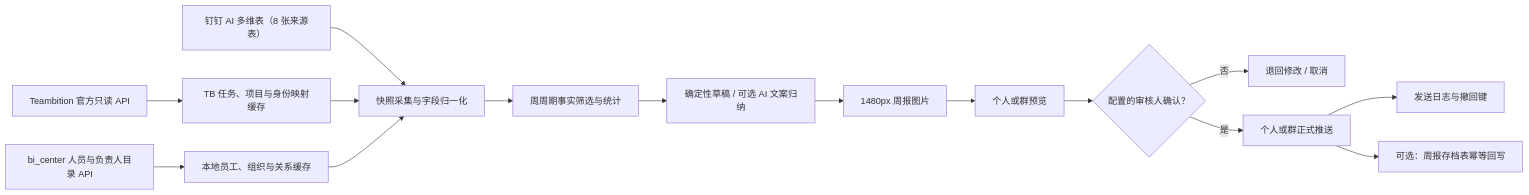
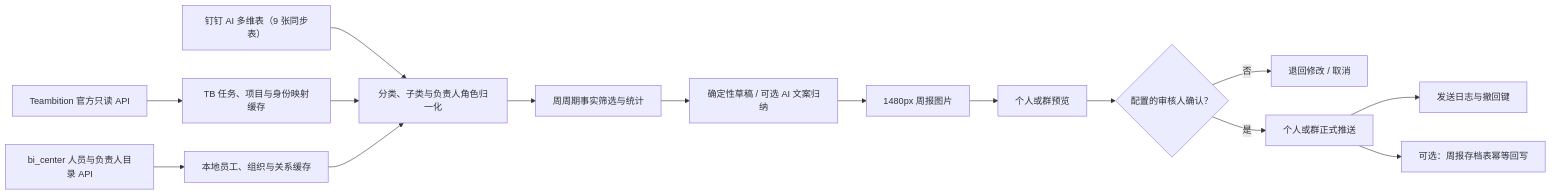
Before and after one commit to Max0314/weekly_report_assistant: the diagram in docs/architecture.md, drawn with Mermaid. The commit also changed other lines of this file and 23 other files, not shown here.

````diff
--- a/docs/architecture.md
+++ b/docs/architecture.md
@@ -5,17 +5,17 @@
 ```mermaid
 flowchart LR
-  A["钉钉 AI 多维表（8 张来源表）"] --> B["快照采集与字段归一化"]
+  A["钉钉 AI 多维表（9 张同步表）"] --> B["分类、子类与负责人角色归一化"]
   T["Teambition 官方只读 API"] --> U["TB 任务、项目与身份映射缓存"]
   U --> B
   C["bi_center 人员与负责人目录 API"] --> D["本地员工、组织与关系缓存"]
   D --> B
   B --> E["周周期事实筛选与统计"]
   E --> F["确定性草稿 / 可选 AI 文案归纳"]
   F --> G["1480px 周报图片"]
   G --> H["个人或群预览"]
   H --> I{"配置的审核人确认？"}
   I -- 否 --> J["退回修改 / 取消"]
   I -- 是 --> K["个人或群正式推送"]
   K --> L["发送日志与撤回键"]
   K --> M["可选：周报存档表幂等回写"]
 ```
````
